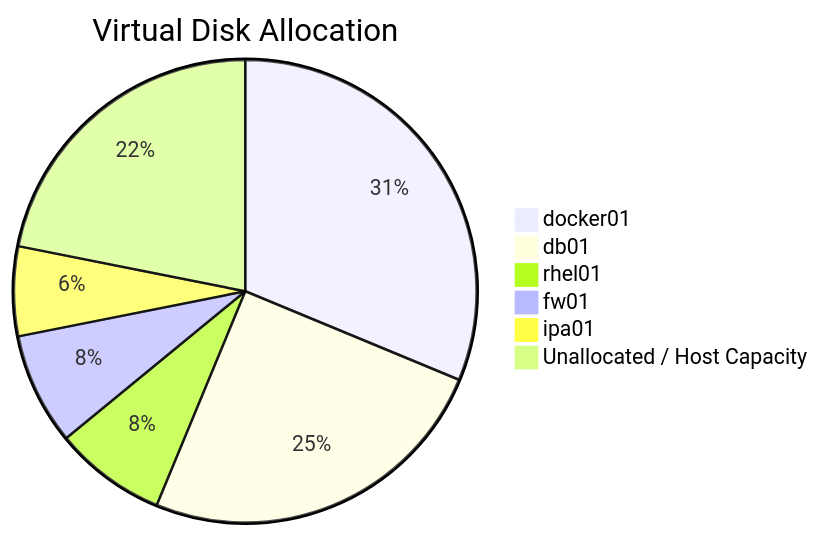
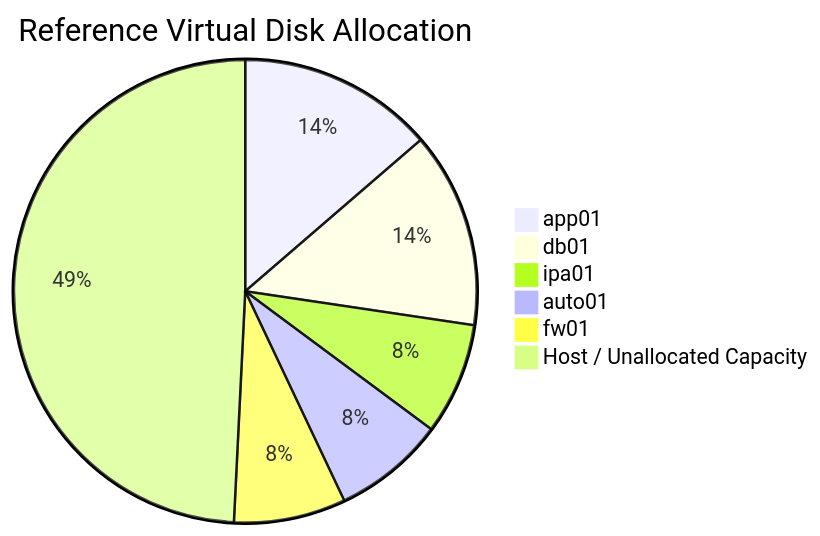
The third of 4 diagrams in docs/resource-matrix/vm-resource-matrix.md (O2BUCAK/EnterpriseReferenceArchitecture), drawn with Mermaid before and after one commit. The commit also changed other lines of this file, not shown here.

Commit message:
docs: align VM resource matrix with reference architecture

````diff
--- a/docs/resource-matrix/vm-resource-matrix.md
+++ b/docs/resource-matrix/vm-resource-matrix.md
@@ -252,9 +139,9 @@
 ```mermaid
-pie title Virtual Disk Allocation
-    "docker01" : 160
-    "db01" : 128
-    "rhel01" : 40
+pie title Reference Virtual Disk Allocation
+    "app01" : 70
+    "db01" : 70
+    "ipa01" : 40
+    "auto01" : 40
     "fw01" : 40
-    "ipa01" : 32
-    "Unallocated / Host Capacity" : 112
+    "Host / Unallocated Capacity" : 252
 ```
````
